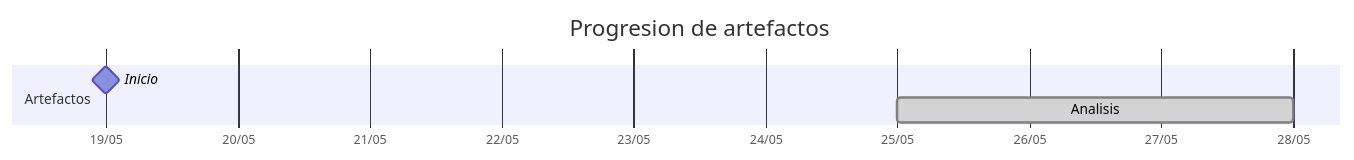
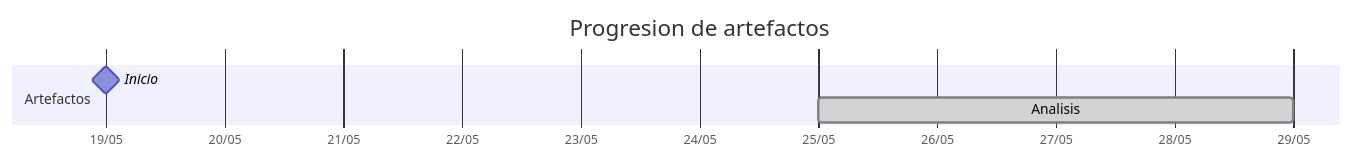
Before and after one commit to carlos-alvarado-25/25-26-idsw2-sdVC: the diagram in TIMELINES/SdeCos.md, drawn with Mermaid. The commit also changed other lines of this file and 25 other files, not shown here.

````diff
--- a/TIMELINES/SdeCos.md
+++ b/TIMELINES/SdeCos.md
@@ -15,9 +19,9 @@
 ```mermaid
 gantt
     title Progresion de artefactos
     dateFormat YYYY-MM-DD
     axisFormat %d/%m
     section Artefactos
         Inicio       :milestone, 2026-05-19, 0d
-        Analisis     :done, 2026-05-25, 2026-05-28
+        Analisis     :done, 2026-05-25, 2026-05-29
 ```
````
